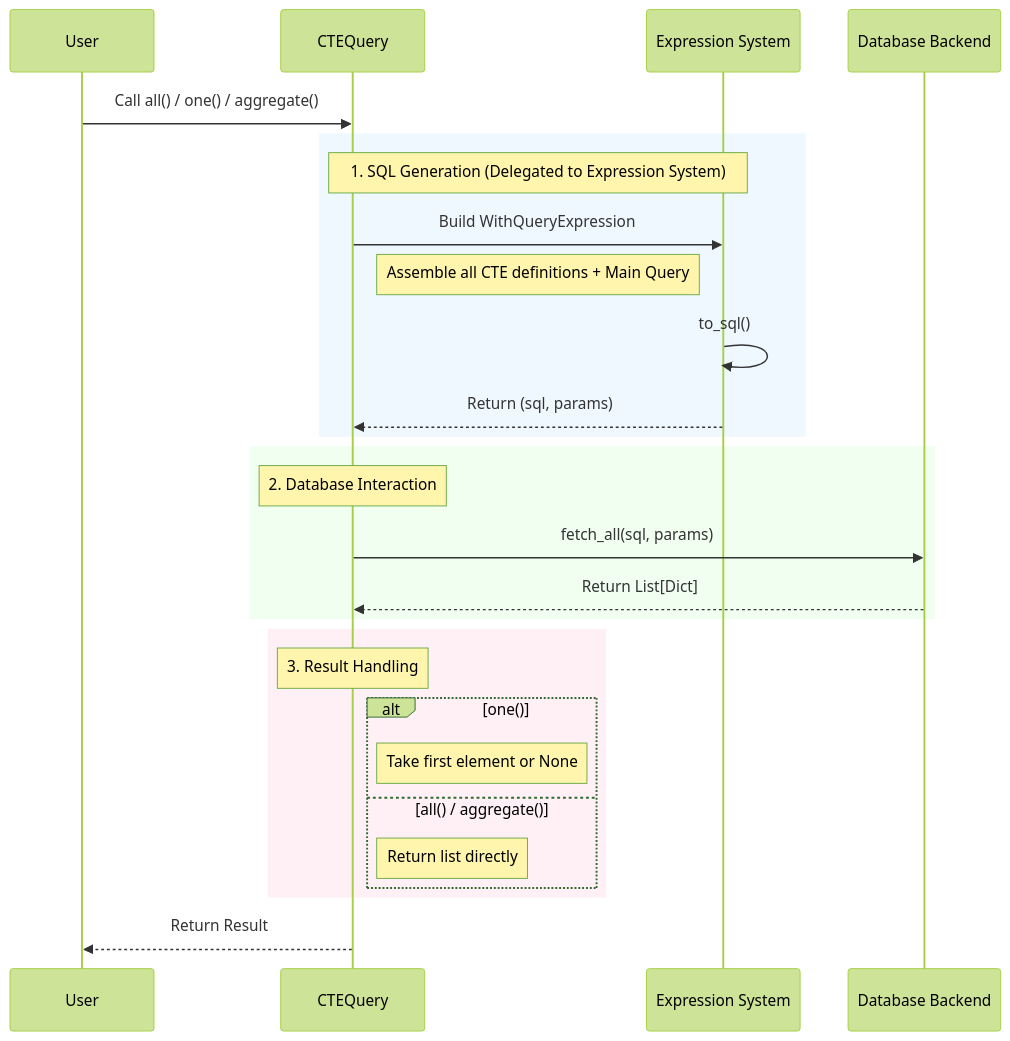
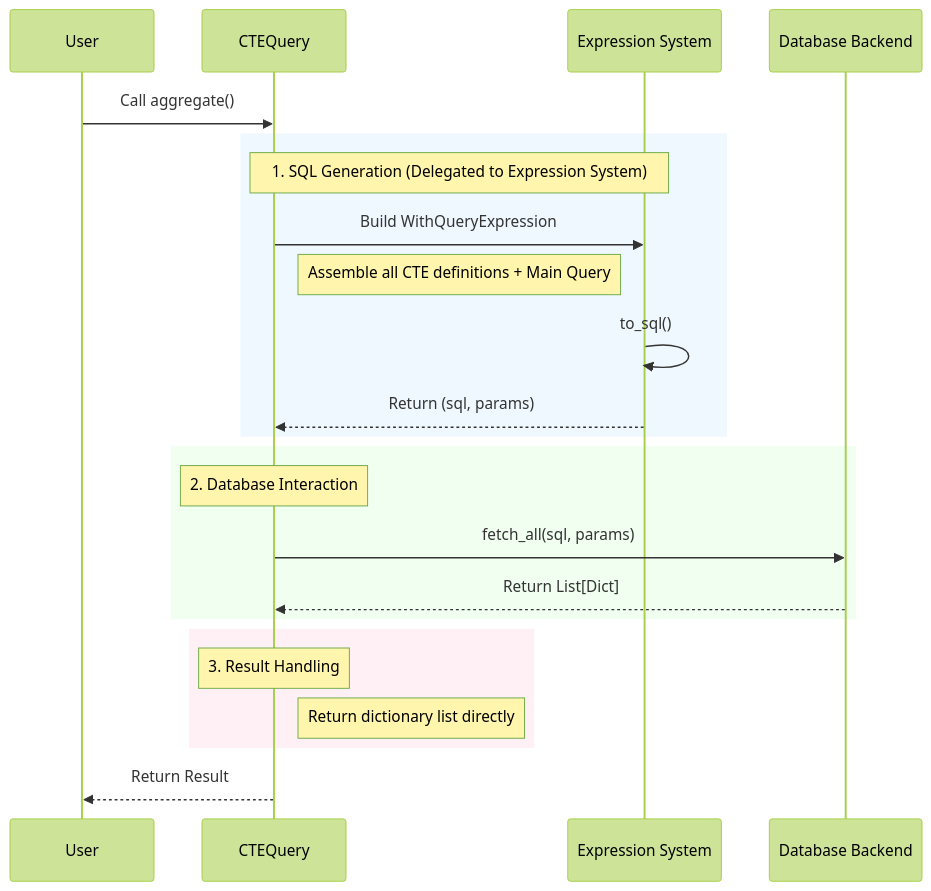
The diagram in docs/en_US/querying/cte_query.md (rhosocial/python-activerecord), drawn with Mermaid (forest theme) before and after one commit. The commit also changed 1 other file, not shown here.

Commit message:
docs: fix CTEQuery flowchart to remove one/all methods

````diff
--- a/docs/en_US/querying/cte_query.md
+++ b/docs/en_US/querying/cte_query.md
@@ -81,34 +81,30 @@
 ```mermaid
 sequenceDiagram
     participant User
     participant Query as CTEQuery
     participant Expr as Expression System
     participant Backend as Database Backend
 
-    User->>Query: Call all() / one() / aggregate()
+    User->>Query: Call aggregate()
     
     rect rgb(240, 248, 255)
         Note over Query, Expr: 1. SQL Generation (Delegated to Expression System)
         Query->>Expr: Build WithQueryExpression
         Note right of Query: Assemble all CTE definitions + Main Query
         Expr->>Expr: to_sql()
         Expr-->>Query: Return (sql, params)
     end
 
     rect rgb(240, 255, 240)
         Note over Query: 2. Database Interaction
         Query->>Backend: fetch_all(sql, params)
         Backend-->>Query: Return List[Dict]
     end
 
     rect rgb(255, 240, 245)
         Note over Query: 3. Result Handling
-        alt one()
-            Note right of Query: Take first element or None
-        else all() / aggregate()
-            Note right of Query: Return list directly
-        end
+        Note right of Query: Return dictionary list directly
     end
 
     Query-->>User: Return Result
 ```
````
